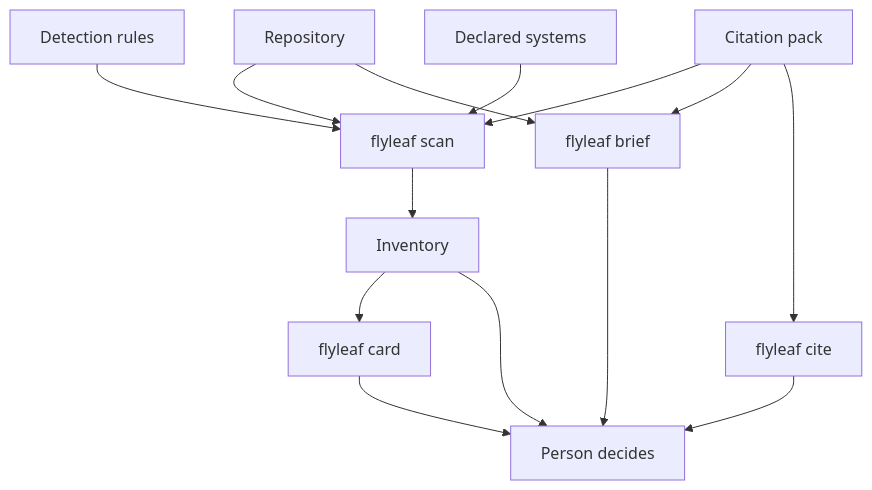
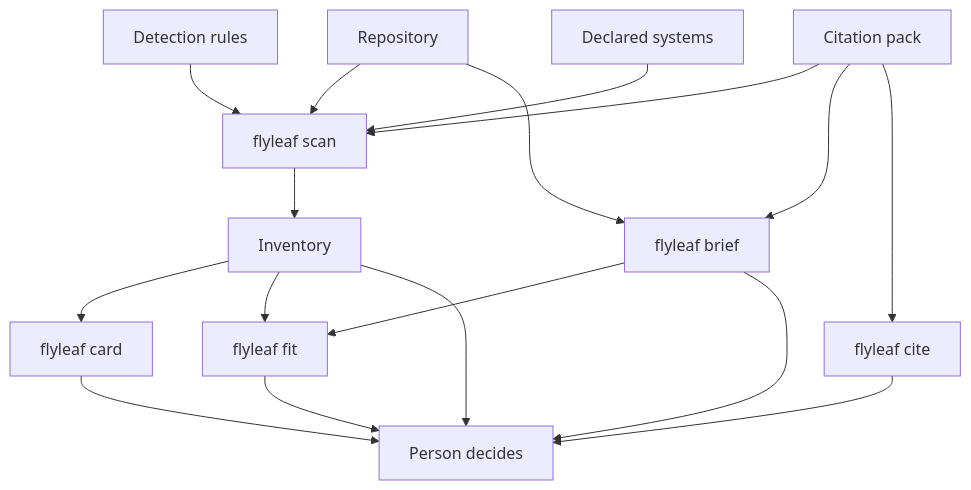
The first of 6 diagrams in README.md (krishyaid-coder/flyleaf), drawn with Mermaid before and after one commit. The commit also changed other lines of this file and 8 other files, not shown here.

Commit message:
Add flyleaf fit, a token-budget packer that shows its work. A brief is often larger than an assistant can hold. Density keeps the highest-attention set that fits; similarity remains the naive baseline.

````diff
--- a/README.md
+++ b/README.md
@@ -26,27 +26,31 @@
 ```mermaid
 flowchart TD
   repo[Repository]
   rules[Detection rules]
   pack[Citation pack]
   declared[Declared systems]
   scan[flyleaf scan]
   inventory[Inventory]
   brief[flyleaf brief]
+  fit[flyleaf fit]
   card[flyleaf card]
   cite[flyleaf cite]
   person[Person decides]
 
   repo --> scan
   rules --> scan
   pack --> scan
   declared --> scan
   scan --> inventory
   repo --> brief
   pack --> brief
   inventory --> card
   pack --> cite
+  inventory --> fit
+  brief --> fit
+  fit --> person
   inventory --> person
   brief --> person
   card --> person
   cite --> person
 ```
````
